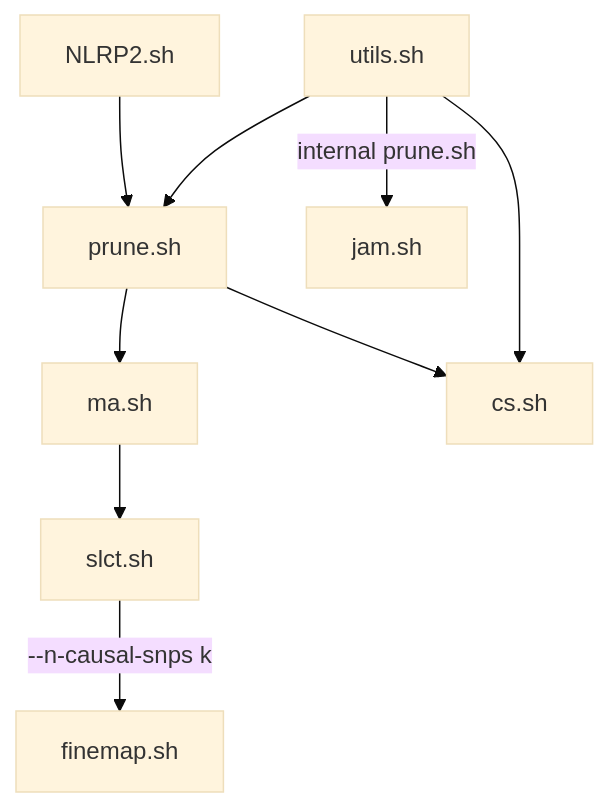
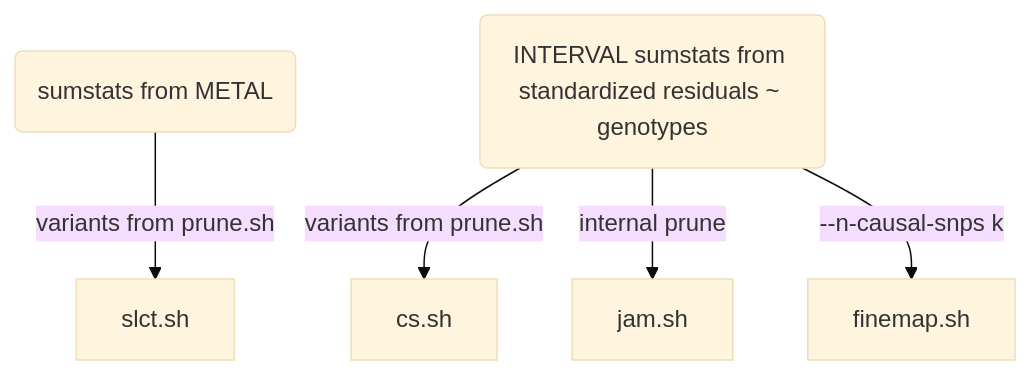
One commit to jinghuazhao/INF changed the diagram in rsid/README.md. Above: the diagram before and after it, drawn with Mermaid (base theme). The commit also changed other lines of this file and 1 other file, not shown here.

Commit message:
Final work on CSD3 with rsids in the downstream analysis

````diff
--- a/rsid/README.md
+++ b/rsid/README.md
@@ -81,8 +39,7 @@
 ```mermaid
-graph TD
-NLRP2.sh --> prune.sh --> ma.sh --> slct.sh --> |"--n-causal-snps k"| finemap.sh
-utils.sh --> prune.sh
-prune.sh --> cs.sh
-utils.sh --> cs.sh
-utils.sh --> |"internal prune.sh" | jam.sh
+graph TB
+sumstats("sumstats from METAL") --> |"variants from prune.sh"| slct.sh
+utils.sh("INTERVAL sumstats from standardized residuals ~ genotypes") --> |"variants from prune.sh"| cs.sh
+utils.sh --> |"internal prune" | jam.sh
+utils.sh  --> |"--n-causal-snps k"| finemap.sh
 ```
````
